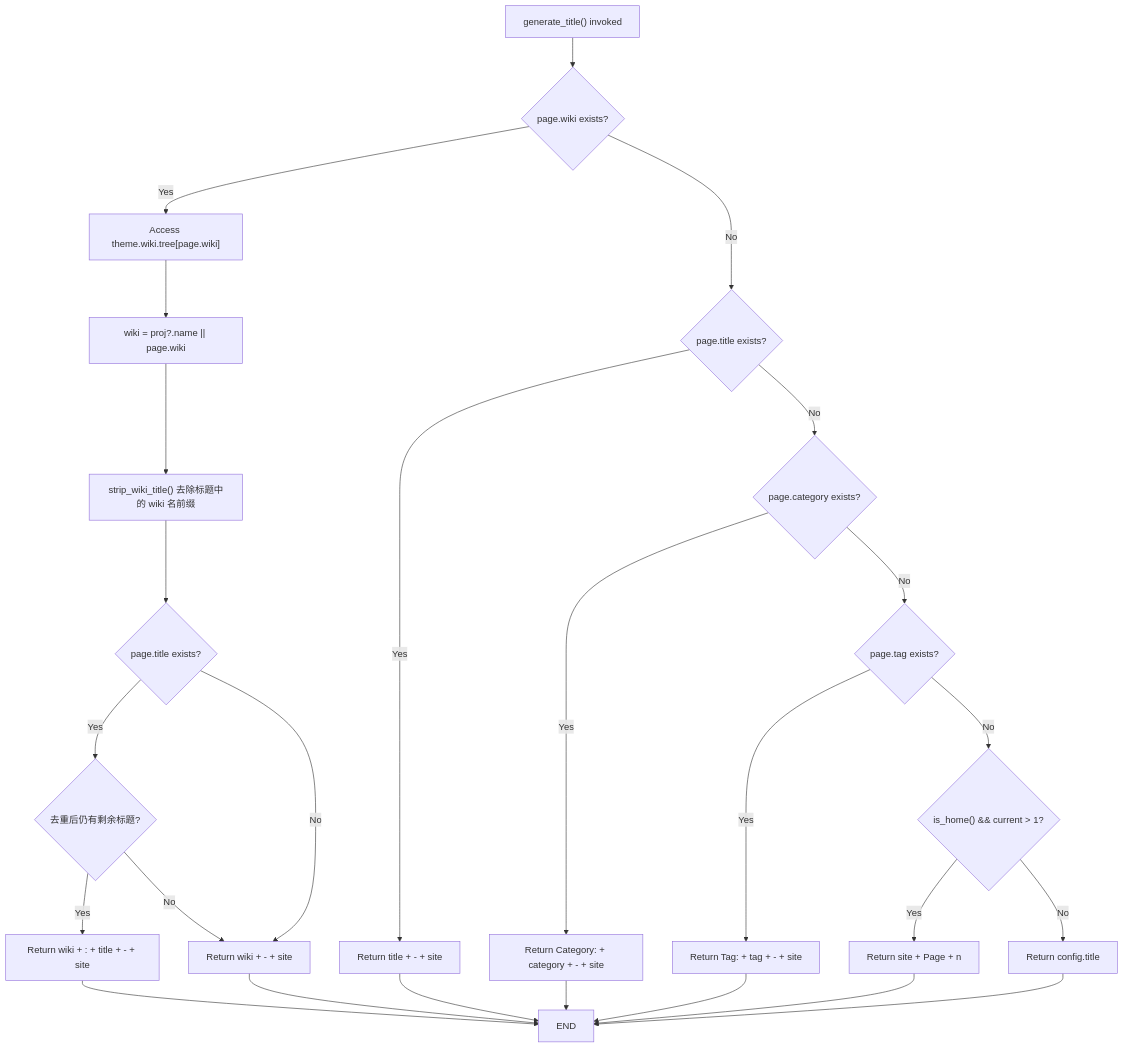
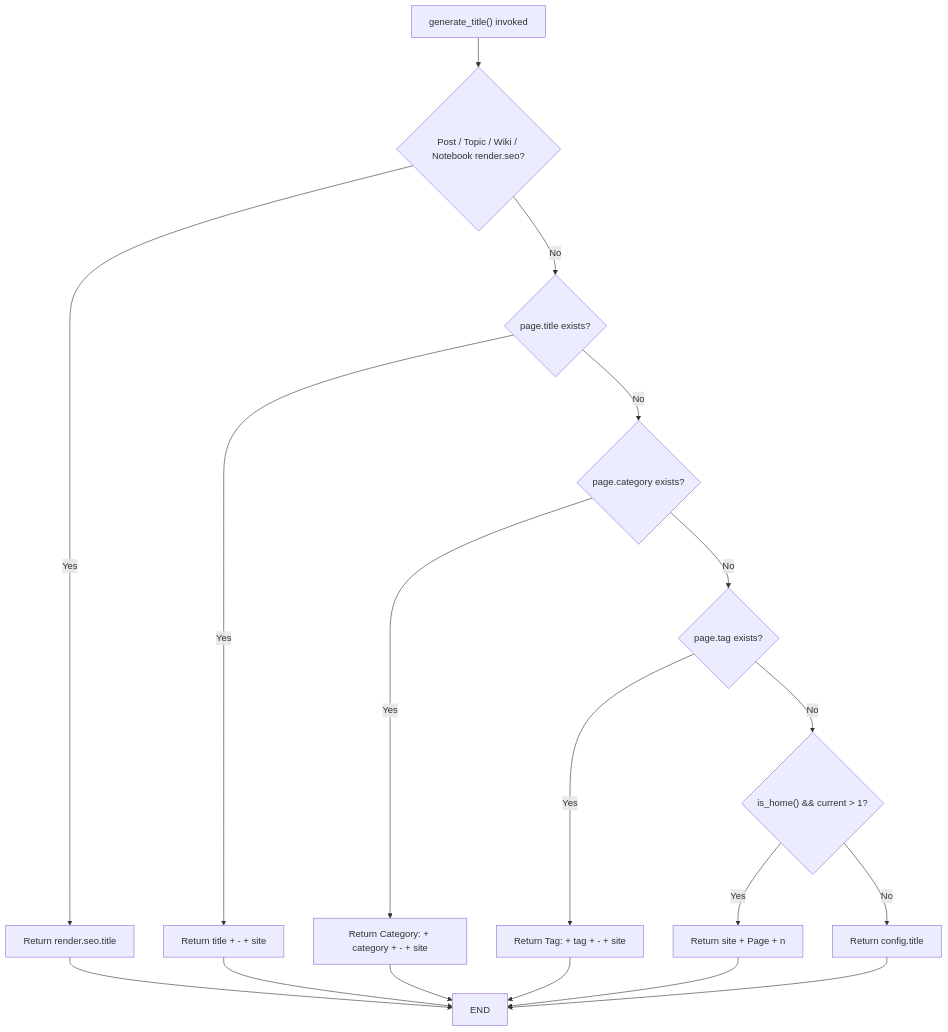
Before and after one commit to xaoxuu/hexo-theme-stellar: the second of 8 diagrams in docs/knowledge/02-布局系统/head-seo.md, drawn with Mermaid. The commit also changed other lines of this file and 861 other files, not shown here.

````diff
--- a/docs/knowledge/02-布局系统/head-seo.md
+++ b/docs/knowledge/02-布局系统/head-seo.md
@@ -119,31 +128,21 @@
 ```mermaid
 flowchart TD
-    START["generate_title() invoked"] --> ISWIKI{"page.wiki exists?"}
-    
-    ISWIKI -->|Yes| GETPROJ["Access theme.wiki.tree[page.wiki]"]
-    GETPROJ --> GETNAME["wiki = proj?.name || page.wiki"]
-    GETNAME --> STRIP["strip_wiki_title() 去除标题中的 wiki 名前缀"]
-    STRIP --> HASTITLE{"page.title exists?"}
-    HASTITLE -->|Yes| WIKITITL{"去重后仍有剩余标题?"}
-    WIKITITL -->|Yes| WIKIFULL["Return wiki + : + title + - + site"]
-    WIKITITL -->|No| WIKIHOME["Return wiki + - + site"]
-    HASTITLE -->|No| WIKIHOME["Return wiki + - + site"]
-    
-    ISWIKI -->|No| PAGECHECK{"page.title exists?"}
+    START["generate_title() invoked"] --> HASMODEL{"Post / Topic / Wiki / Notebook render.seo?"}
+    HASMODEL -->|Yes| MODELTITLE["Return render.seo.title"]
+    HASMODEL -->|No| PAGECHECK{"page.title exists?"}
     PAGECHECK -->|Yes| PAGETITLE["Return title + - + site"]
     PAGECHECK -->|No| CATCHECK{"page.category exists?"}
     CATCHECK -->|Yes| CATTITLE["Return Category: + category + - + site"]
     CATCHECK -->|No| TAGCHECK{"page.tag exists?"}
     TAGCHECK -->|Yes| TAGTITLE["Return Tag: + tag + - + site"]
     TAGCHECK -->|No| PAGECHECK2{"is_home() && current > 1?"}
     PAGECHECK2 -->|Yes| PAGETITLE2["Return site + Page + n"]
     PAGECHECK2 -->|No| DEFAULTTITLE["Return config.title"]
     
-    WIKIFULL --> END
-    WIKIHOME --> END
+    MODELTITLE --> END
     PAGETITLE --> END
     PAGETITLE2 --> END
     CATTITLE --> END
     TAGTITLE --> END
     DEFAULTTITLE --> END
 ```
````
